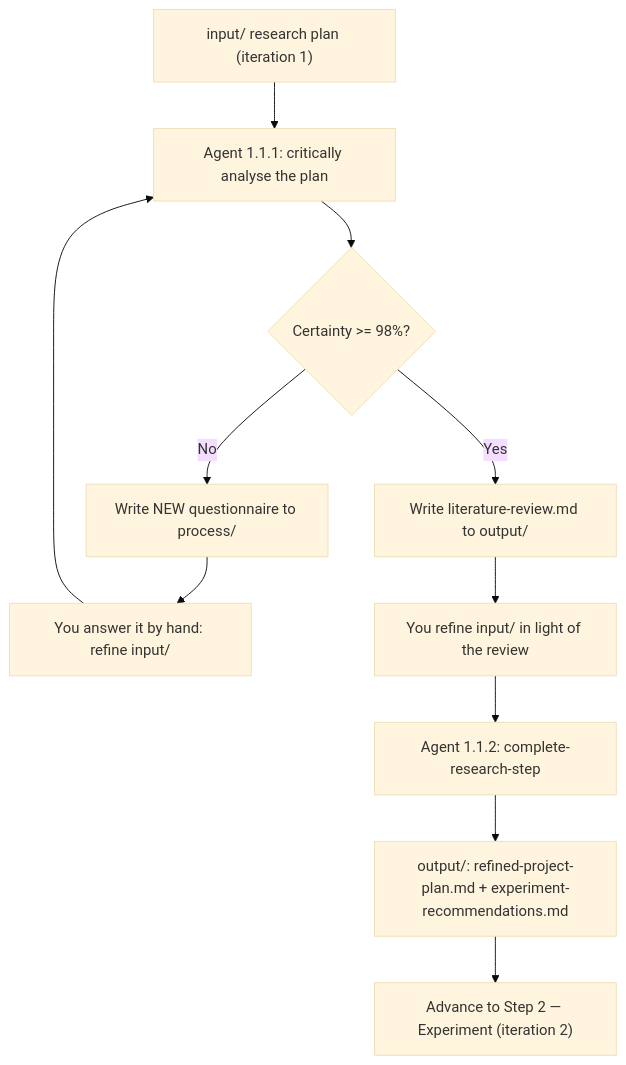
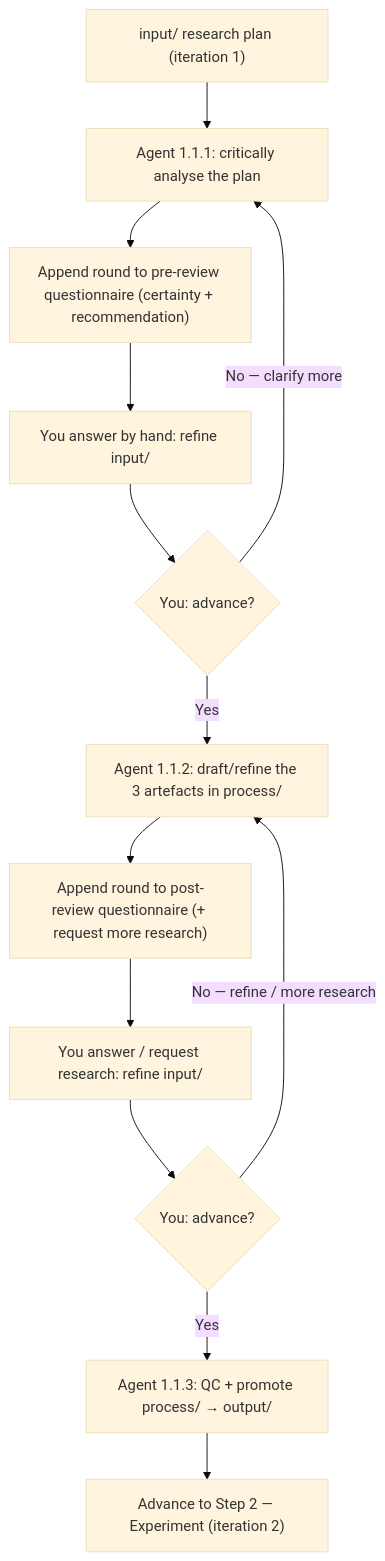
Before and after one commit to jgreensmith/khazad-dum: the diagram in documentation/steps/01_research.md, drawn with Mermaid (base theme). The commit also changed other lines of this file and 18 other files, not shown here.

````diff
--- a/documentation/steps/01_research.md
+++ b/documentation/steps/01_research.md
@@ -105,13 +119,15 @@
 ```mermaid
 flowchart TD
     A["input/ research plan (iteration 1)"] --> B["Agent 1.1.1: critically analyse the plan"]
-    B --> C{"Certainty >= 98%?"}
-    C -->|No| D["Write NEW questionnaire to process/"]
-    D --> E["You answer it by hand: refine input/"]
-    E --> B
-    C -->|Yes| F["Write literature-review.md to output/"]
-    F --> G["You refine input/ in light of the review"]
-    G --> H["Agent 1.1.2: complete-research-step"]
-    H --> I["output/: refined-project-plan.md + experiment-recommendations.md"]
-    I --> J["Advance to Step 2 — Experiment (iteration 2)"]
+    B --> C["Append round to pre-review questionnaire (certainty + recommendation)"]
+    C --> D["You answer by hand: refine input/"]
+    D --> E{"You: advance?"}
+    E -->|"No — clarify more"| B
+    E -->|Yes| F["Agent 1.1.2: draft/refine the 3 artefacts in process/"]
+    F --> G["Append round to post-review questionnaire (+ request more research)"]
+    G --> H["You answer / request research: refine input/"]
+    H --> I{"You: advance?"}
+    I -->|"No — refine / more research"| F
+    I -->|Yes| J["Agent 1.1.3: QC + promote process/ → output/"]
+    J --> K["Advance to Step 2 — Experiment (iteration 2)"]
 ```
````
